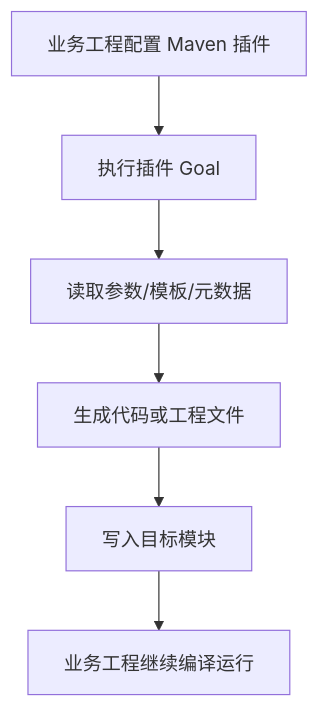
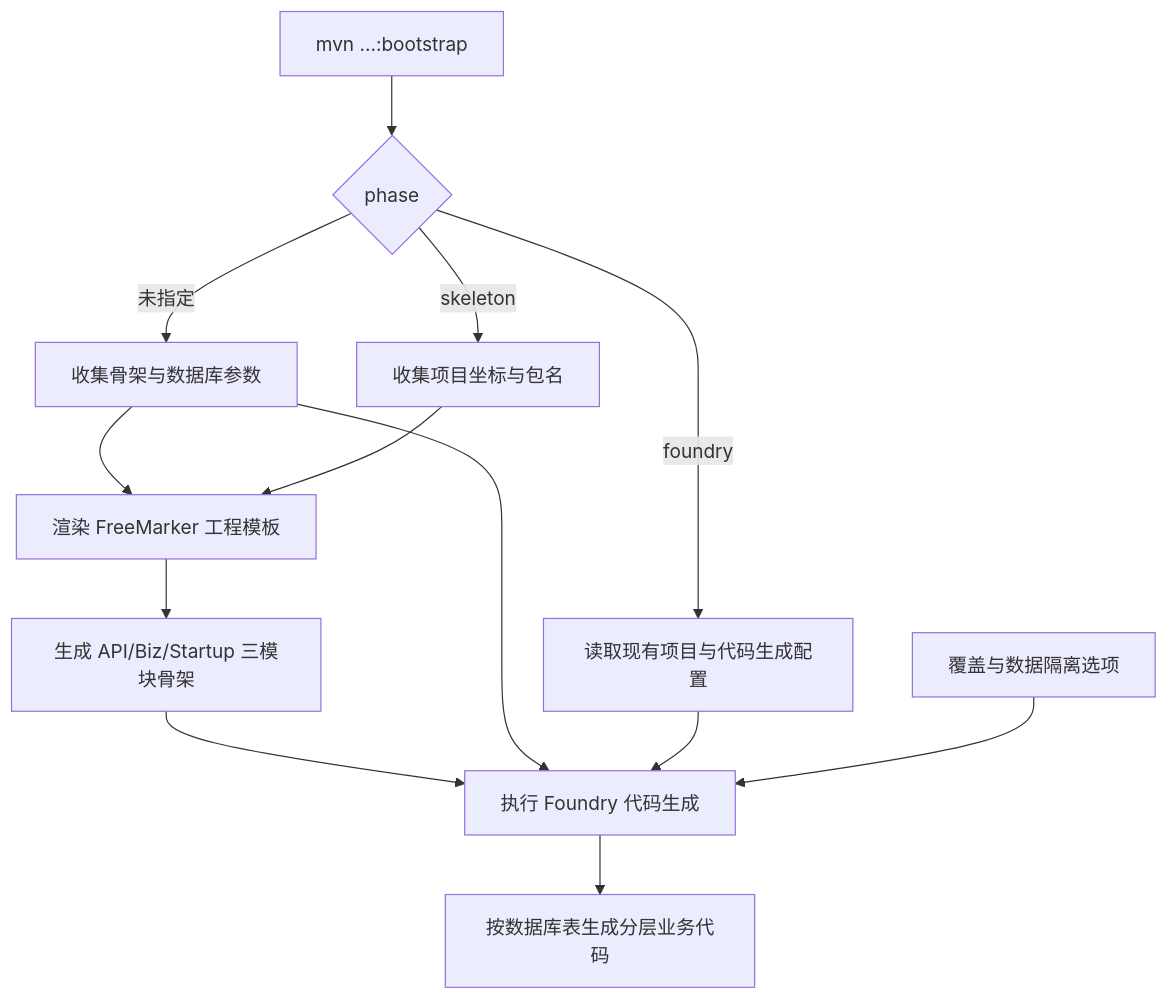
Before and after one commit to g2rain/g2rain-crafter: the diagram in README.md, drawn with Mermaid. The commit also changed other lines of this file, not shown here.

````diff
--- a/README.md
+++ b/README.md
@@ -78,8 +105,15 @@
 ```mermaid
 flowchart TD
-  A[业务工程配置 Maven 插件] --> B[执行插件 Goal]
-  B --> C[读取参数/模板/元数据]
-  C --> D[生成代码或工程文件]
-  D --> E[写入目标模块]
-  E --> F[业务工程继续编译运行]
+  A[mvn ...:bootstrap] --> B{phase}
+  B -->|未指定| C[收集骨架与数据库参数]
+  B -->|skeleton| D[收集项目坐标与包名]
+  B -->|foundry| E[读取现有项目与代码生成配置]
+  C --> F[渲染 FreeMarker 工程模板]
+  D --> F
+  F --> G[生成 API/Biz/Startup 三模块骨架]
+  G --> H[执行 Foundry 代码生成]
+  C --> H
+  E --> H
+  H --> I[按数据库表生成分层业务代码]
+  J[覆盖与数据隔离选项] --> H
 ```
````
